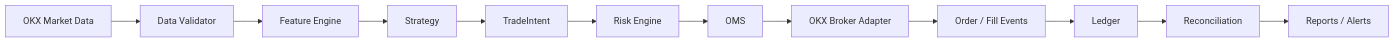
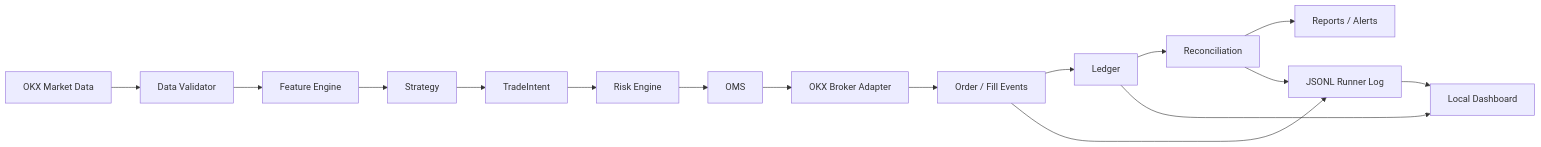
Before and after one commit to Lihuatx/codex_trade: the diagram in docs/ARCHITECTURE.md, drawn with Mermaid. The commit also changed other lines of this file and 14 other files, not shown here.

Commit message:
Add local runner monitoring dashboard

````diff
--- a/docs/ARCHITECTURE.md
+++ b/docs/ARCHITECTURE.md
@@ -5,14 +5,18 @@
 ```mermaid
 flowchart LR
   A["OKX Market Data"] --> B["Data Validator"]
   B --> C["Feature Engine"]
   C --> D["Strategy"]
   D --> E["TradeIntent"]
   E --> F["Risk Engine"]
   F --> G["OMS"]
   G --> H["OKX Broker Adapter"]
   H --> I["Order / Fill Events"]
   I --> J["Ledger"]
   J --> K["Reconciliation"]
   K --> L["Reports / Alerts"]
+  I --> M["JSONL Runner Log"]
+  K --> M
+  M --> N["Local Dashboard"]
+  J --> N
 ```
````
